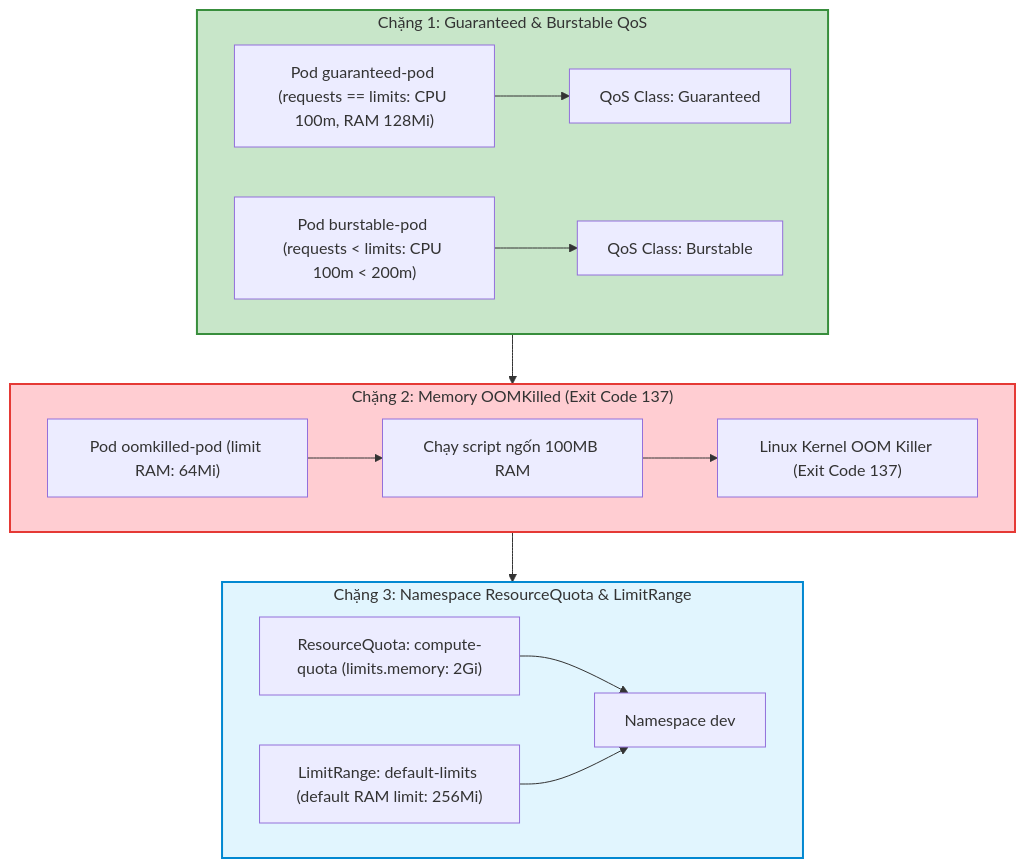
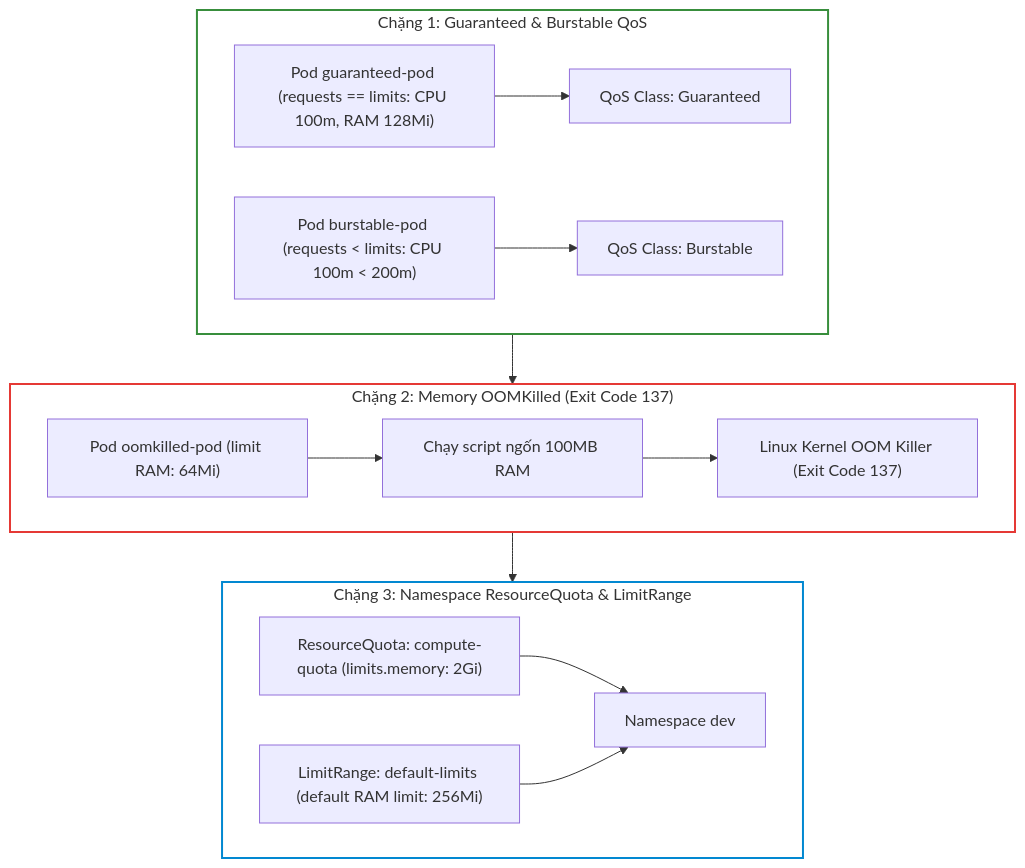
The third of 3 diagrams in _posts/2026-09-12-cka-18-18-tai-nguyen-qos-va-throttling.md (kiennt308/ntk), drawn with Mermaid before and after one commit. The commit also changed other lines of this file and 207 other files, not shown here.

Commit message:
feat(posts): batch standardize all 208 posts with TL;DR, qa-card accordion, fill:none mermaid, and liquid raw wrappers

````diff
--- a/_posts/2026-09-12-cka-18-18-tai-nguyen-qos-va-throttling.md
+++ b/_posts/2026-09-12-cka-18-18-tai-nguyen-qos-va-throttling.md
@@ -511,23 +515,23 @@
 ```mermaid
 graph TD
     subgraph Resource_K8s ["Chặng 1: Guaranteed & Burstable QoS"]
         G_POD["Pod guaranteed-pod (requests == limits: CPU 100m, RAM 128Mi)"] --> G_QOS["QoS Class: Guaranteed"]
         B_POD["Pod burstable-pod (requests < limits: CPU 100m < 200m)"] --> B_QOS["QoS Class: Burstable"]
     end
 
     subgraph OOM_Testing ["Chặng 2: Memory OOMKilled (Exit Code 137)"]
         OOM_POD["Pod oomkilled-pod (limit RAM: 64Mi)"] --> ALLOC["Chạy script ngốn 100MB RAM"]
         ALLOC --> KERNEL_KILL["Linux Kernel OOM Killer (Exit Code 137)"]
     end
 
     subgraph Quota_Lab ["Chặng 3: Namespace ResourceQuota & LimitRange"]
         QUOTA["ResourceQuota: compute-quota (limits.memory: 2Gi)"] --> NS_DEV["Namespace dev"]
         LIMITR["LimitRange: default-limits (default RAM limit: 256Mi)"] --> NS_DEV
     end
 
     Resource_K8s --> OOM_Testing --> Quota_Lab
 
-    style Resource_K8s fill:#c8e6c9,stroke:#388e3c,stroke-width:2px
-    style OOM_Testing fill:#ffcdd2,stroke:#e53935,stroke-width:2px
-    style Quota_Lab fill:#e1f5fe,stroke:#0288d1,stroke-width:2px
+    style Resource_K8s fill:none,stroke:#388e3c,stroke-width:2px
+    style OOM_Testing fill:none,stroke:#e53935,stroke-width:2px
+    style Quota_Lab fill:none,stroke:#0288d1,stroke-width:2px
 ```
````
